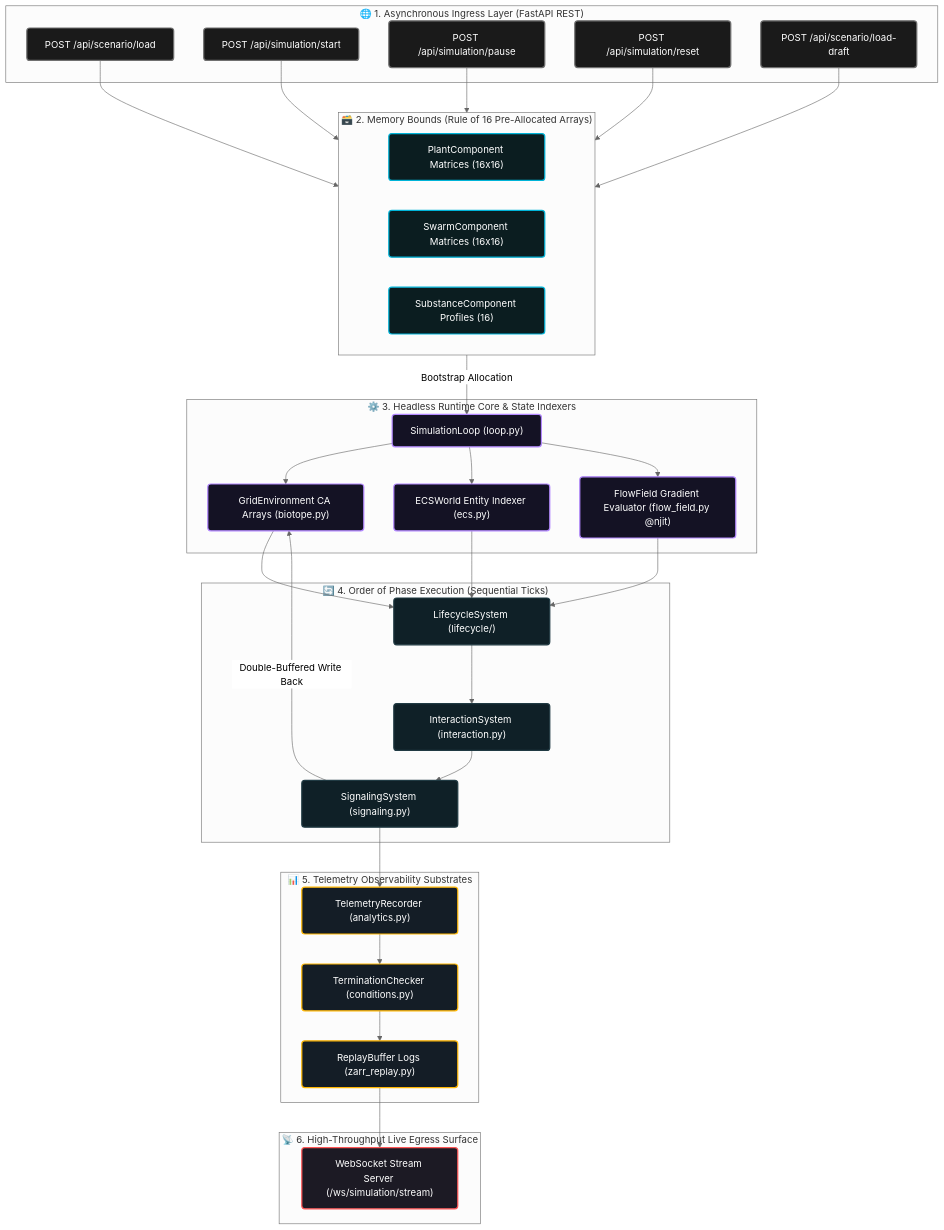
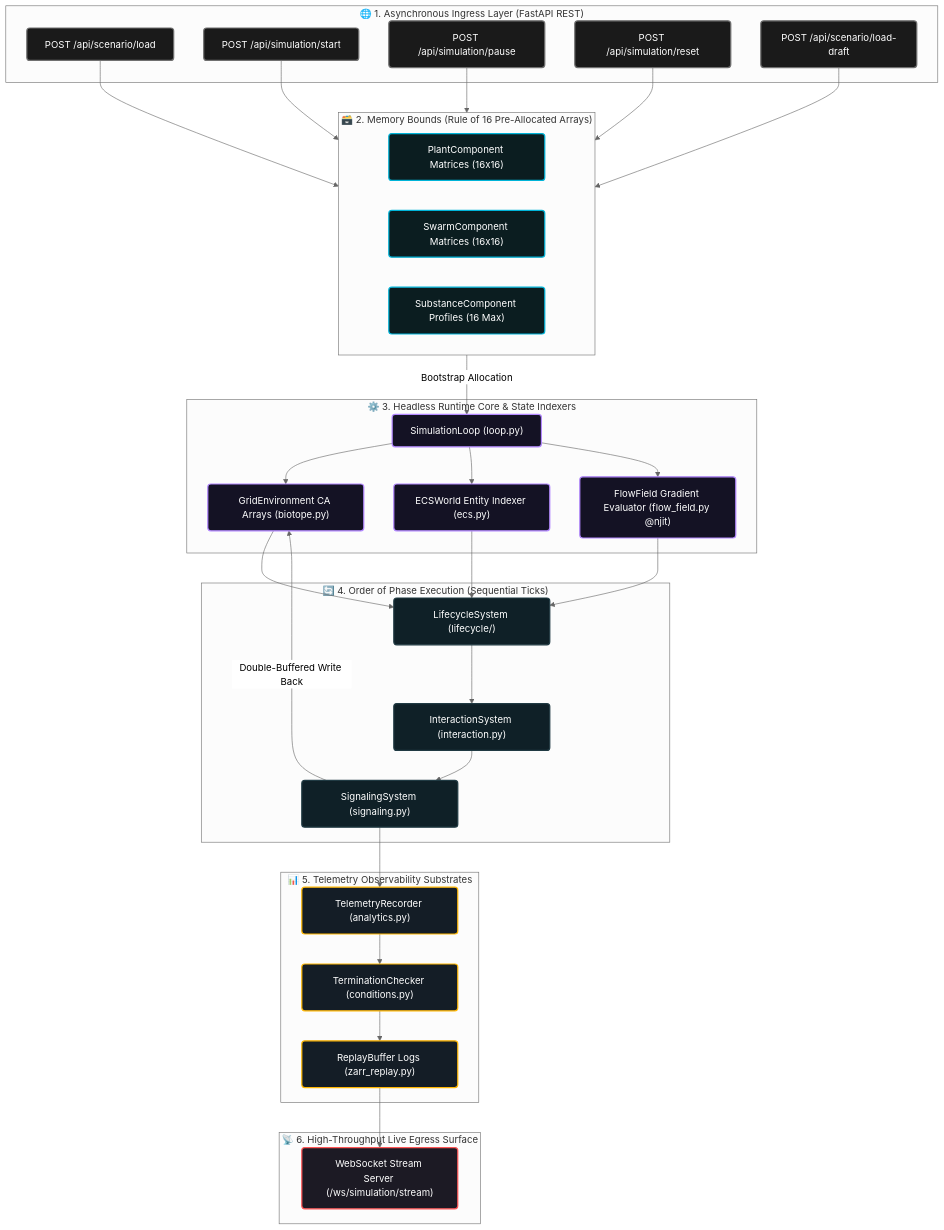
Before and after one commit to foersben/PHIDS: the third of 3 diagrams in docs/technical_architecture/system_architecture.md, drawn with Mermaid (neutral theme). The commit also changed other lines of this file and 1 other file, not shown here.

Commit message:
📜 Canon [Docs Sync]: Update system_architecture.md to reflect active implementation

````diff
--- a/docs/technical_architecture/system_architecture.md
+++ b/docs/technical_architecture/system_architecture.md
@@ -147,75 +147,75 @@
 ```mermaid
 flowchart TD
     %% Style Definitions
     classDef ingressLayer fill:#1a1a1a,stroke:#707070,stroke-width:2px,color:#ffffff,rx:5px,ry:5px;
     classDef dataRegistry fill:#0b1d20,stroke:#00b4d8,stroke-width:2px,color:#ffffff,rx:5px,ry:5px;
     classDef coreEngine fill:#141224,stroke:#b388ff,stroke-width:2px,color:#ffffff,rx:5px,ry:5px;
     classDef pipelineSys fill:#0f2027,stroke:#203a43,stroke-width:2px,color:#ffffff,rx:5px,ry:5px;
     classDef storageTelemetry fill:#141d26,stroke:#ffb703,stroke-width:2px,color:#ffffff,rx:5px,ry:5px;
     classDef egressLayer fill:#1c1a24,stroke:#ff5555,stroke-width:2px,color:#ffffff,rx:5px,ry:5px;
 
     %% 1. Ingress Layer
     subgraph Ingress_Layer ["🌐 1. Asynchronous Ingress Layer (FastAPI REST)"]
         A1["POST /api/scenario/load"]
         A2["POST /api/simulation/start"]
         A3["POST /api/simulation/pause"]
         A4["POST /api/simulation/reset"]
         A5["POST /api/scenario/load-draft"]
     end
 
     %% 2. System Pre-Allocation Bounds (Rule of 16)
     subgraph Component_Registry ["🗃️ 2. Memory Bounds (Rule of 16 Pre-Allocated Arrays)"]
         PC["PlantComponent Matrices (16x16)"]
         SC["SwarmComponent Matrices (16x16)"]
-        SUB["SubstanceComponent Profiles (16)"]
+        SUB["SubstanceComponent Profiles (16 Max)"]
     end
 
     %% 3. Engine Core
     subgraph Engine_Core ["⚙️ 3. Headless Runtime Core & State Indexers"]
         L["SimulationLoop (loop.py)"]
         BIO["GridEnvironment CA Arrays (biotope.py)"]
         ECS["ECSWorld Entity Indexer (ecs.py)"]
         FF["FlowField Gradient Evaluator (flow_field.py @njit)"]
     end
 
     %% 4. Execution Pipeline Sequence
     subgraph Pipeline_Systems ["🔄 4. Order of Phase Execution (Sequential Ticks)"]
         LC["LifecycleSystem (lifecycle/)"]
         INT["InteractionSystem (interaction.py)"]
         SIG["SignalingSystem (signaling.py)"]
         
         LC --> INT --> SIG
     end
 
     %% 5. Analytics & Checkpointing
     subgraph Data_Analytics ["📊 5. Telemetry Observability Substrates"]
         AN["TelemetryRecorder (analytics.py)"]
         COND["TerminationChecker (conditions.py)"]
         REP["ReplayBuffer Logs (zarr_replay.py)"]
     end
 
     %% 6. Output Egress
     subgraph Egress_Layer ["📡 6. High-Throughput Live Egress Surface"]
         A6["WebSocket Stream Server (/ws/simulation/stream)"]
     end
 
     %% Straight Vertical Pipeline Flows
     A1 & A2 & A3 & A4 & A5 --> Component_Registry
     Component_Registry -->|Bootstrap Allocation| L
     
     L --> BIO & ECS & FF
     BIO & ECS & FF --> LC
     
     SIG -->|Double-Buffered Write Back| BIO
     SIG --> AN
     
     AN --> COND --> REP --> A6
 
     %% Style Assignments
     class A1,A2,A3,A4,A5 ingressLayer;
     class PC,SC,SUB dataRegistry;
     class L,BIO,ECS,FF coreEngine;
     class LC,INT,SIG pipelineSys;
     class AN,COND,REP storageTelemetry;
     class A6 egressLayer;
 ```
````
